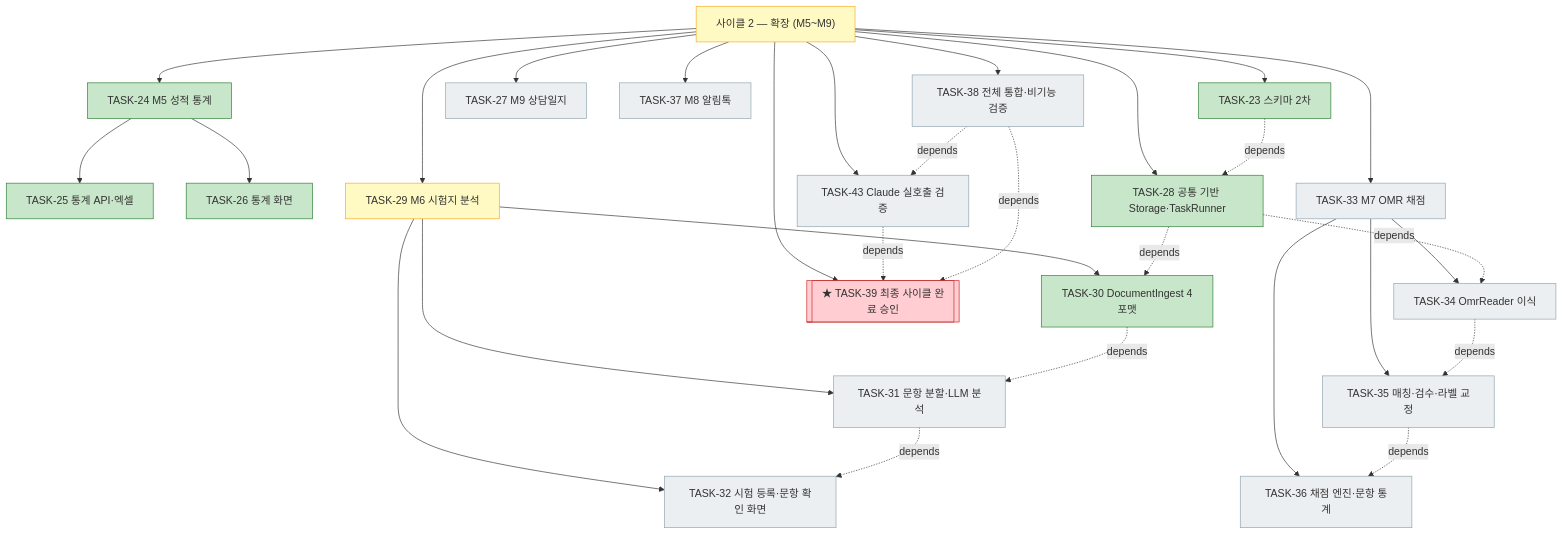
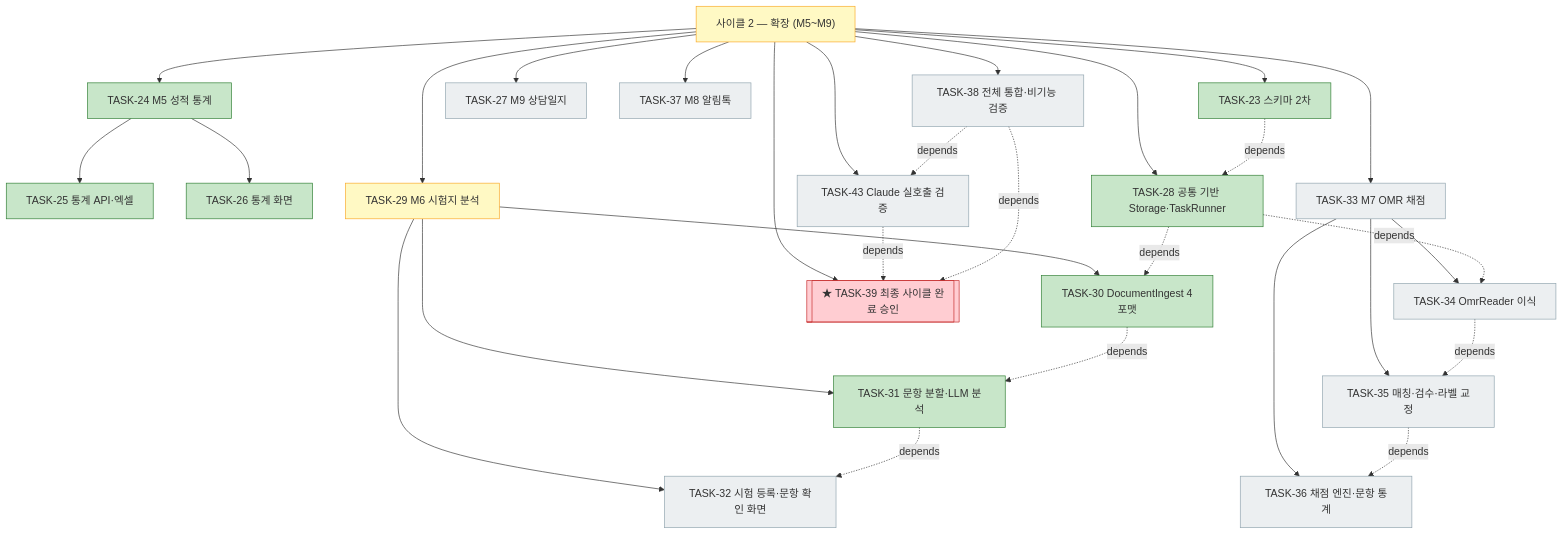
Before and after one commit to bluesky5008/mathdesk: the third of 4 diagrams in docs/plan.md, drawn with Mermaid. The commit also changed other lines of this file and 10 other files, not shown here.

First line of the commit message:
feat(api): TASK-31 문항 분할·LlmAdapter·분석

````diff
--- a/docs/plan.md
+++ b/docs/plan.md
@@ -184,36 +184,36 @@
 ```mermaid
 flowchart TD
     C2["사이클 2 — 확장 (M5~M9)"]:::active
     C2 --> T23["TASK-23 스키마 2차"]:::done
     C2 --> T24["TASK-24 M5 성적 통계"]:::done
     T24 --> T25["TASK-25 통계 API·엑셀"]:::done
     T24 --> T26["TASK-26 통계 화면"]:::done
     C2 --> T27["TASK-27 M9 상담일지"]:::todo
     C2 --> T28["TASK-28 공통 기반 Storage·TaskRunner"]:::done
     C2 --> T29["TASK-29 M6 시험지 분석"]:::active
     T29 --> T30["TASK-30 DocumentIngest 4포맷"]:::done
-    T29 --> T31["TASK-31 문항 분할·LLM 분석"]:::todo
+    T29 --> T31["TASK-31 문항 분할·LLM 분석"]:::done
     T29 --> T32["TASK-32 시험 등록·문항 확인 화면"]:::todo
     C2 --> T33["TASK-33 M7 OMR 채점"]:::todo
     T33 --> T34["TASK-34 OmrReader 이식"]:::todo
     T33 --> T35["TASK-35 매칭·검수·라벨 교정"]:::todo
     T33 --> T36["TASK-36 채점 엔진·문항 통계"]:::todo
     C2 --> T37["TASK-37 M8 알림톡"]:::todo
     C2 --> T38["TASK-38 전체 통합·비기능 검증"]:::todo
     C2 --> T43["TASK-43 Claude 실호출 검증"]:::todo
     C2 --> T39[["★ TASK-39 최종 사이클 완료 승인"]]:::gate
     T23 -. depends .-> T28
     T28 -. depends .-> T30
     T30 -. depends .-> T31
     T31 -. depends .-> T32
     T28 -. depends .-> T34
     T34 -. depends .-> T35
     T35 -. depends .-> T36
     T38 -. depends .-> T43
     T43 -. depends .-> T39
     T38 -. depends .-> T39
     classDef done fill:#c8e6c9,stroke:#2e7d32
     classDef active fill:#fff9c4,stroke:#f9a825
     classDef todo fill:#eceff1,stroke:#90a4ae
     classDef gate fill:#ffcdd2,stroke:#c62828
 ```
````
